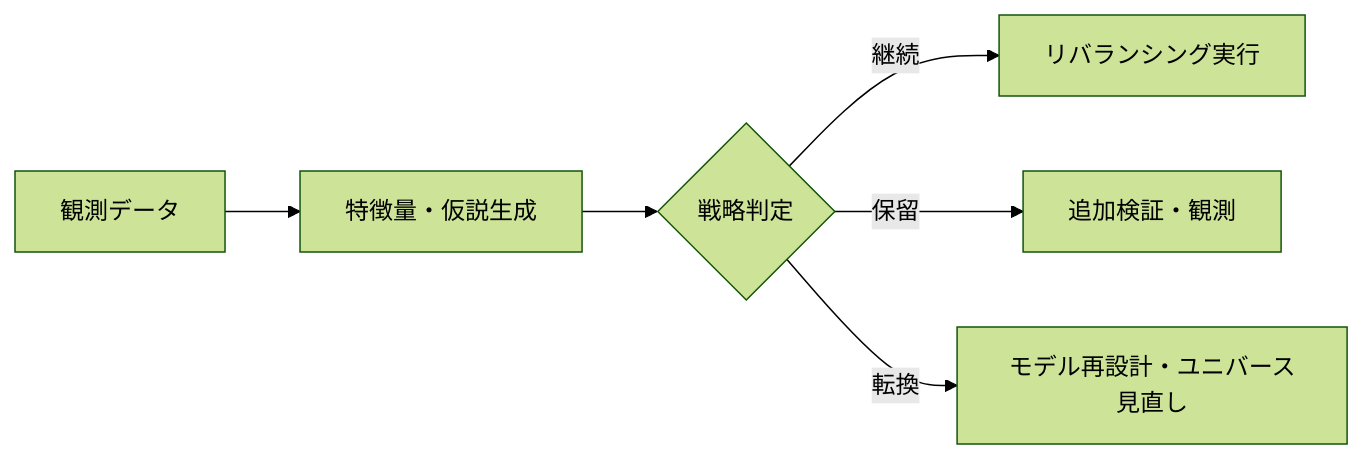
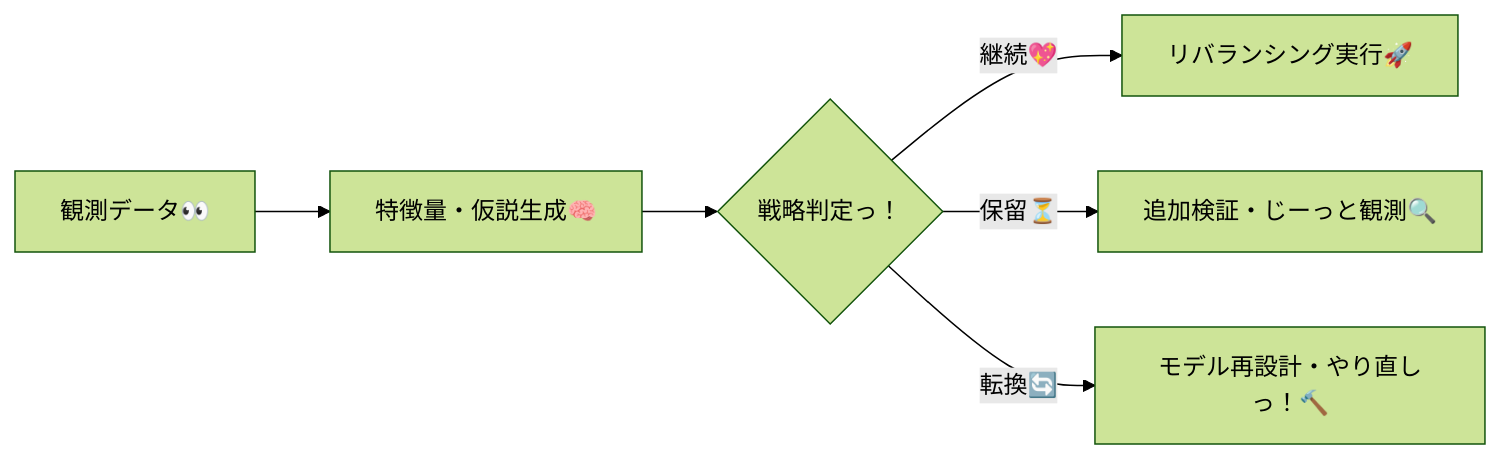
One commit to KAFKA2306/investor changed the third of 8 diagrams in docs/specs/frontend.md. Above: the diagram before and after it, drawn with Mermaid (forest theme). The commit also changed other lines of this file and 52 other files, not shown here.

````diff
--- a/docs/specs/frontend.md
+++ b/docs/specs/frontend.md
@@ -132,8 +132,8 @@
 ```mermaid
 flowchart LR
-    入力["観測データ"] --> 解析["特徴量・仮説生成"]
-    解析 --> 判定{"戦略判定"}
-    判定 -- 継続 --> 実行["リバランシング実行"]
-    判定 -- 保留 --> 追加["追加検証・観測"]
-    判定 -- 転換 --> 再設計["モデル再設計・ユニバース見直し"]
+    入力["観測データ👀"] --> 解析["特徴量・仮説生成🧠"]
+    解析 --> 判定{"戦略判定っ！"}
+    判定 -- 継続💖 --> 実行["リバランシング実行🚀"]
+    判定 -- 保留⏳ --> 追加["追加検証・じーっと観測🔍"]
+    判定 -- 転換🔄 --> 再設計["モデル再設計・やり直しっ！🔨"]
 ```
````
